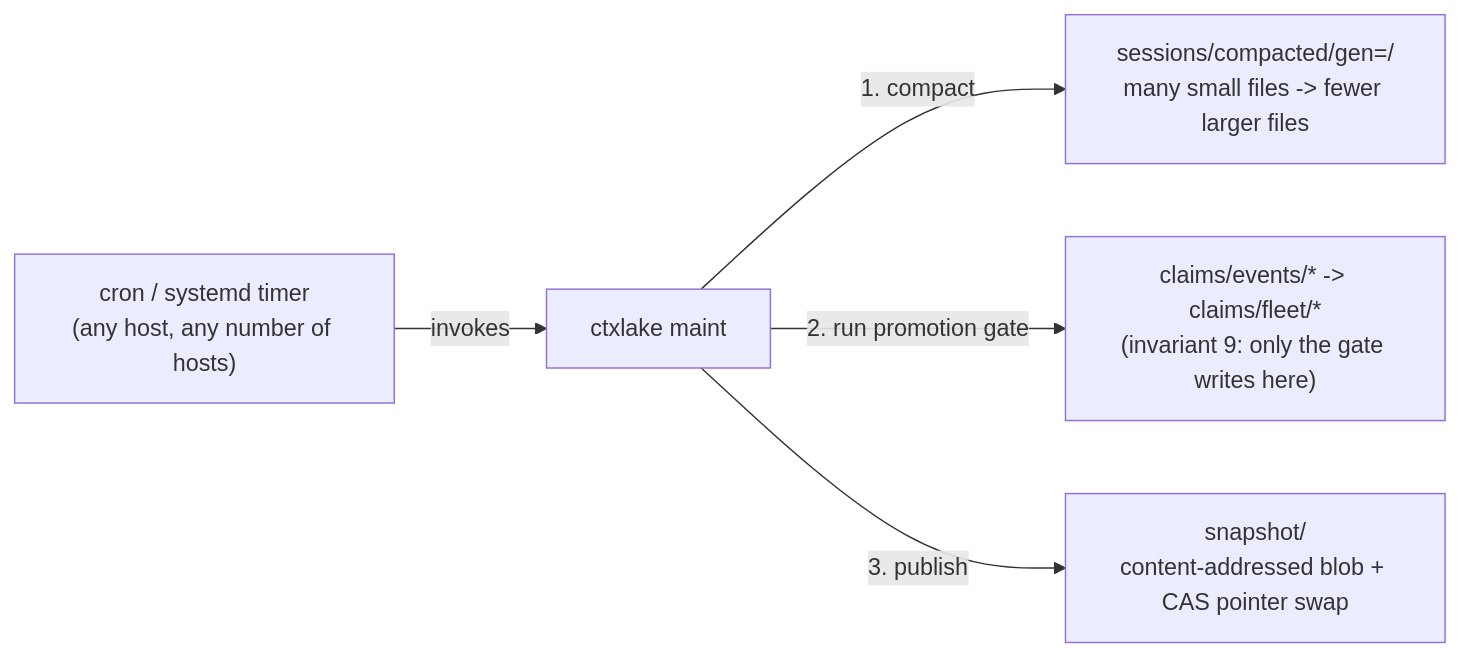
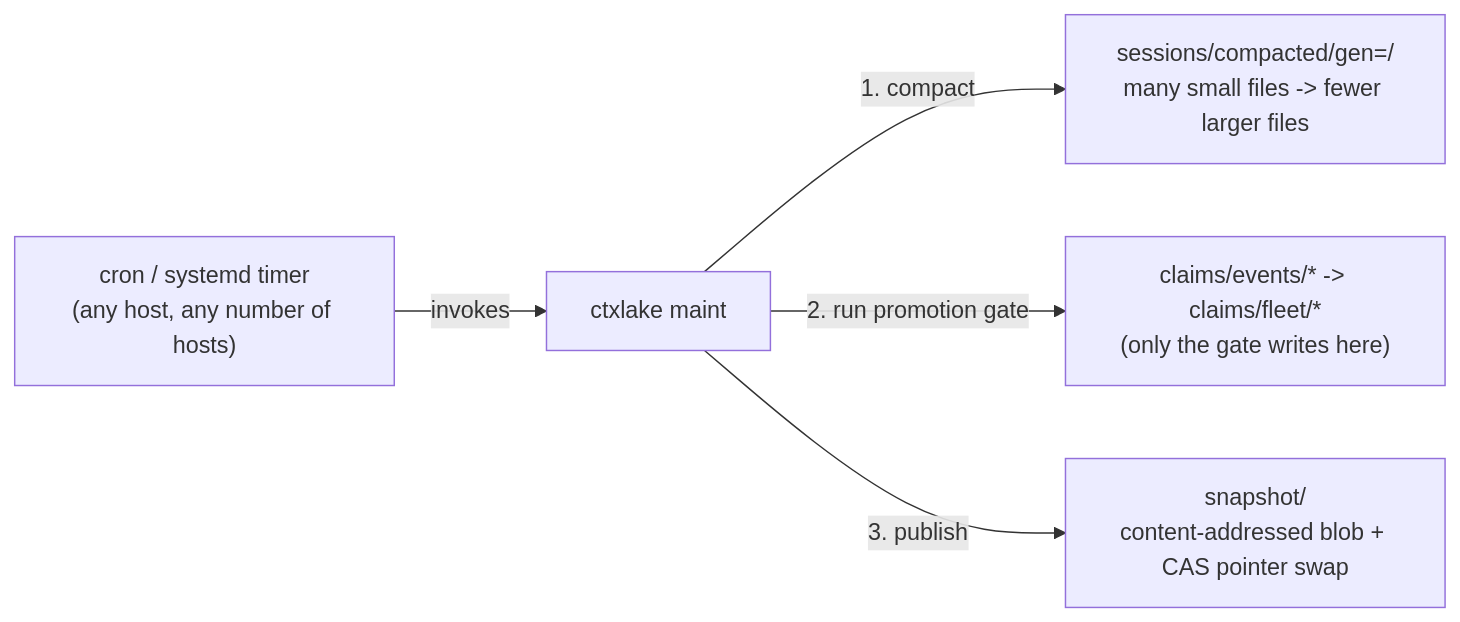
Before and after one commit to OxidantData/ctxlake: the third of 3 diagrams in docs/architecture.md, drawn with Mermaid. The commit also changed other lines of this file and 25 other files, not shown here.

````diff
--- a/docs/architecture.md
+++ b/docs/architecture.md
@@ -95,7 +82,7 @@
 ```mermaid
 flowchart LR
     Cron["cron / systemd timer\n(any host, any number of hosts)"] -->|invokes| Maint["ctxlake maint"]
     Maint -->|"1. compact"| Sessions["sessions/compacted/gen=<hash>/\nmany small files -> fewer larger files"]
-    Maint -->|"2. run promotion gate"| Claims["claims/events/* -> claims/fleet/*\n(invariant 9: only the gate writes here)"]
+    Maint -->|"2. run promotion gate"| Claims["claims/events/* -> claims/fleet/*\n(only the gate writes here)"]
     Maint -->|"3. publish"| Snapshot["snapshot/\ncontent-addressed blob + CAS pointer swap"]
 ```
````
